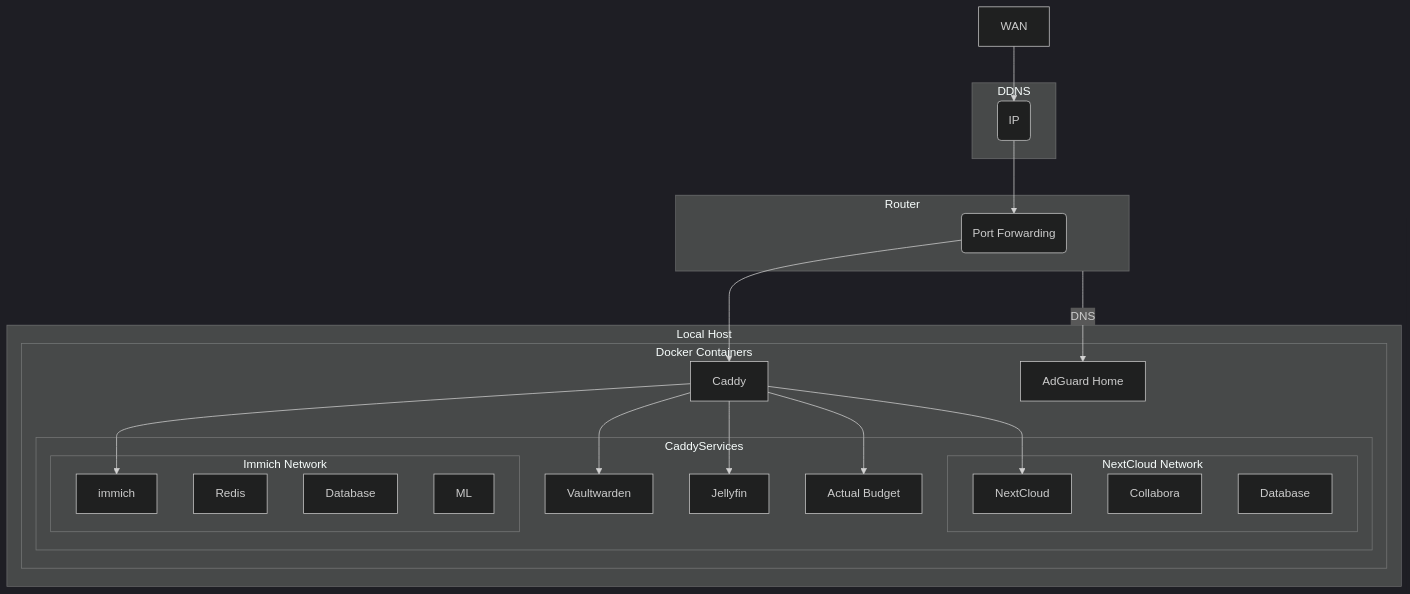
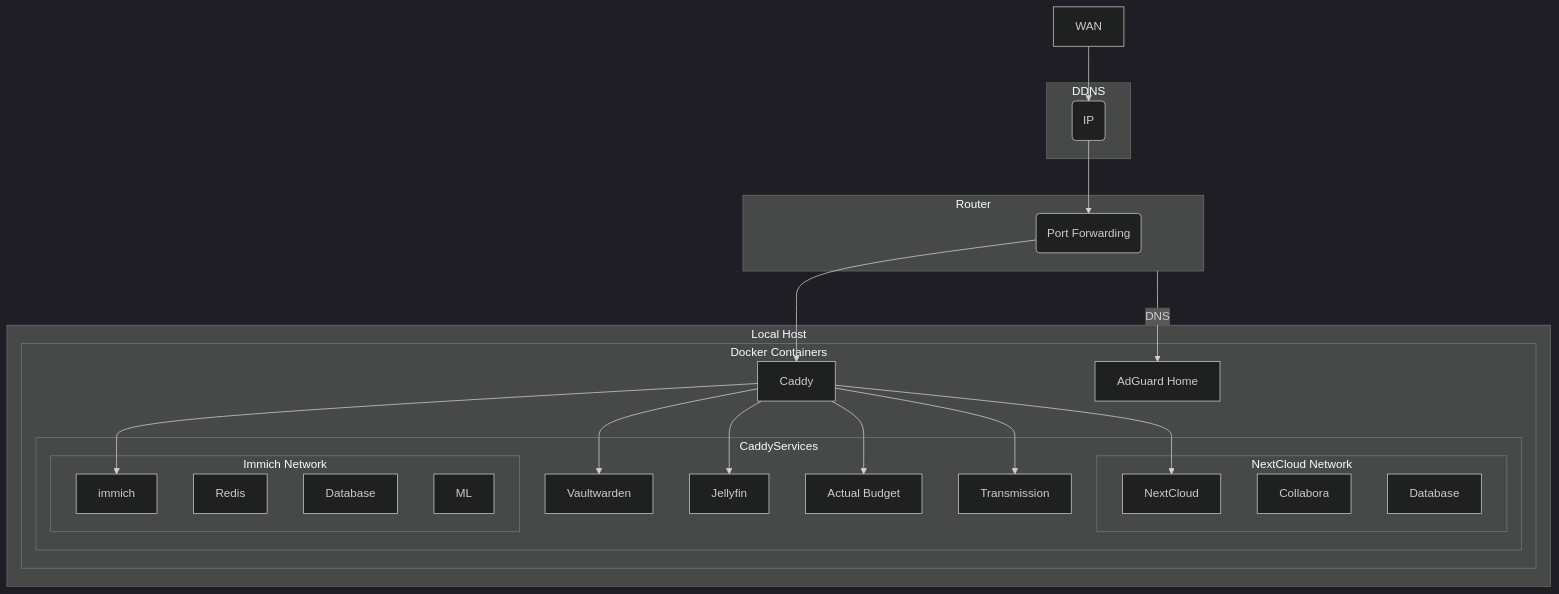
Before and after one commit to p-gentili/selfhosted-docker: the diagram in README.md, drawn with Mermaid (dark theme). The commit also changed 5 other files, not shown here.

````diff
--- a/README.md
+++ b/README.md
@@ -1,42 +1,44 @@
 ```mermaid
 graph TD
   subgraph DDNS
     ddns(IP)
   end
   subgraph Router
     portForwarding(Port Forwarding)
   end
 
   subgraph Local Host
     subgraph Docker Containers
       caddy[Caddy]
       adguard-home[AdGuard Home]
       subgraph CaddyServices
         vaultwarden[Vaultwarden]
         jellyfin[Jellyfin]
         actual[Actual Budget]
+        transmission[Transmission]
         subgraph NextCloud Network
             nextcloud[NextCloud]
             nextcloud-code[Collabora]
             nextcloud-db[Database]
         end
         subgraph Immich Network
             immich[immich]
             immich-redis[Redis]
             immich-db[Database]
             immich-ml[ML]
         end
       end
     end
   end
 
   WAN --> ddns
   ddns --> portForwarding
   portForwarding --> caddy
   Router --DNS--> adguard-home
   caddy --> vaultwarden
   caddy --> jellyfin
   caddy --> nextcloud
   caddy --> actual
   caddy --> immich
+  caddy --> transmission
 ```
````
